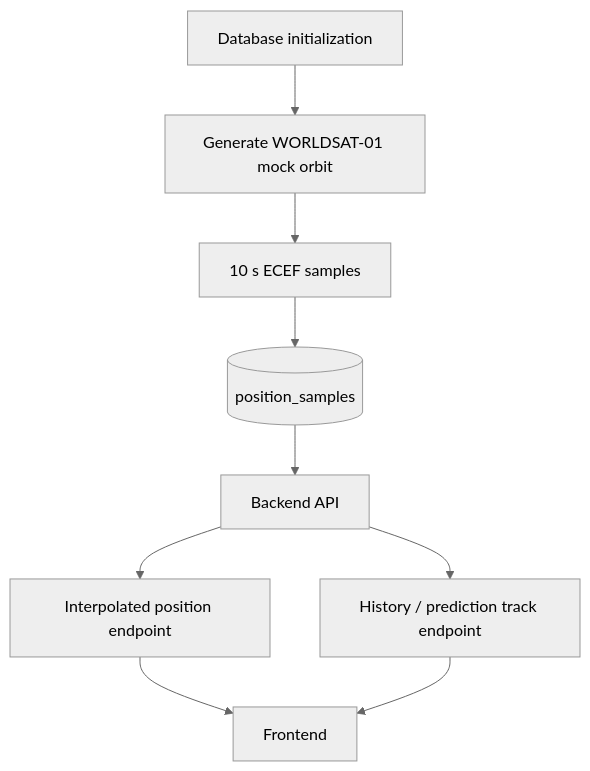
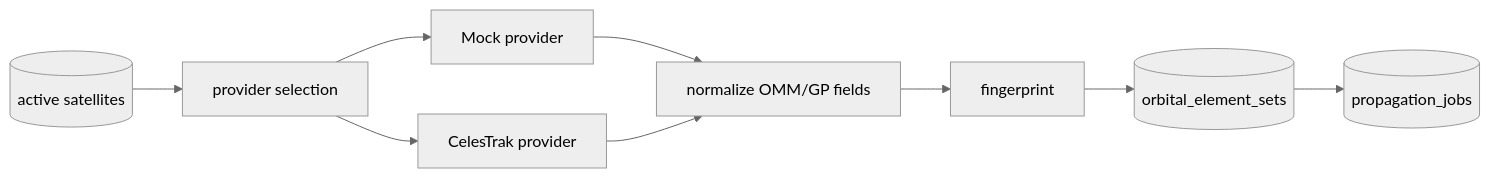
Before and after one commit to ExoSpaceLabs/world-sat-monitor: the sixth of 7 diagrams in docs/architecture.md, drawn with Mermaid (neutral theme). The commit also changed other lines of this file and 21 other files, not shown here.

First line of the commit message:
feat(world-sat-monitor): add orbital provider and propagation services

````diff
--- a/docs/architecture.md
+++ b/docs/architecture.md
@@ -91,11 +95,11 @@
 ```mermaid
-flowchart TD
-    SEED[Database initialization] --> MOCK[Generate WORLDSAT-01 mock orbit]
-    MOCK --> ECEF[10 s ECEF samples]
-    ECEF --> DB[(position_samples)]
-    DB --> API[Backend API]
-    API --> POS[Interpolated position endpoint]
-    API --> TRACK[History / prediction track endpoint]
-    POS --> UI[Frontend]
-    TRACK --> UI
+flowchart LR
+    CAT[(active satellites)] --> SEL[provider selection]
+    SEL --> MOCK[Mock provider]
+    SEL --> CEL[CelesTrak provider]
+    MOCK --> N[normalize OMM/GP fields]
+    CEL --> N
+    N --> FP[fingerprint]
+    FP --> E[(orbital_element_sets)]
+    E --> J[(propagation_jobs)]
 ```
````
